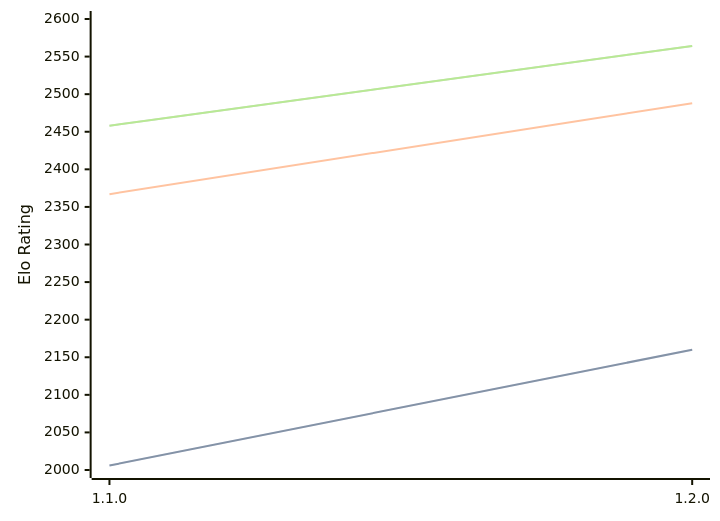
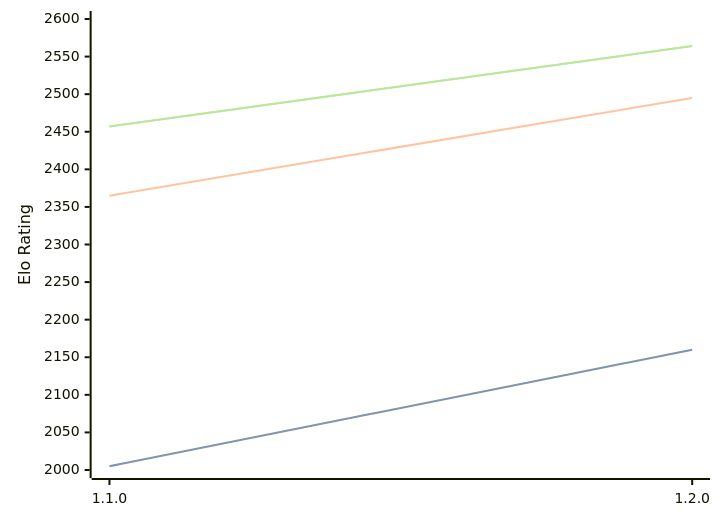
One commit to computer-chess-index/cci changed the diagram in engines/Gyatso.md. Above: the diagram before and after it, drawn with Mermaid. The commit also changed other lines of this file, not shown here.

Commit message:
Update CCI Ratings (ELO VLTC) - 2026-03-04

````diff
--- a/engines/Gyatso.md
+++ b/engines/Gyatso.md
@@ -31,11 +31,11 @@
 ```mermaid
 %%{init: {"theme":"base","themeVariables":{"seriesColors:['#a3a3a3','#222221','#faa371']}}}%%
 xychart-beta
   x-axis ["1.1.0", "1.2.0"]
   y-axis "Elo Rating" 2000 --> 2600
-  line "STC (8.0+0.08s)" [2006, 2160]
-  line "STC (8.0+0.08s)" [2006, 2160]
-  line "LTC (60.0+0.60s)" [2367, 2488]
-  line "VLTC (2m24s+1.12s)" [2458, 2564]
-  line "VLTC (2m24s+1.12s)" [2458, 2564]
+  line "STC (8.0+0.08s)" [2005, 2160]
+  line "STC (8.0+0.08s)" [2005, 2160]
+  line "LTC (60.0+0.60s)" [2365, 2495]
+  line "VLTC (2m24s+1.12s)" [2457, 2564]
+  line "VLTC (2m24s+1.12s)" [2457, 2564]
 ```
````
